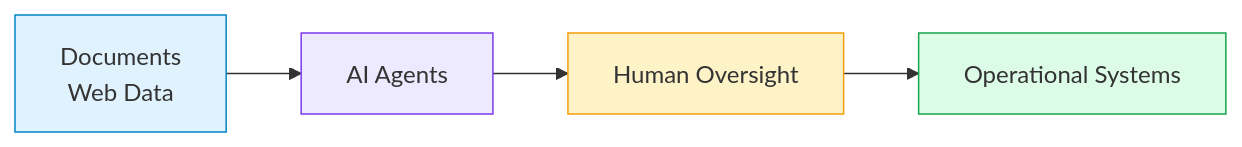
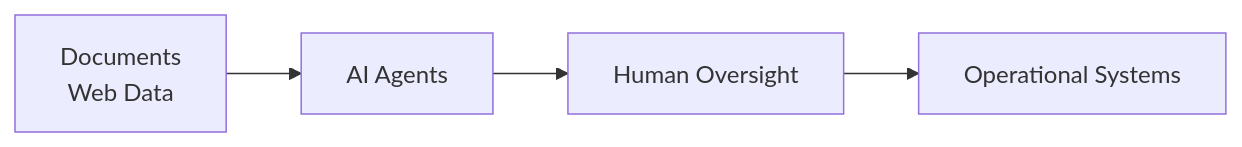
Before and after one commit to Hardonian/Hardonian: the fourth of 5 diagrams in README.md, drawn with Mermaid. The commit also changed other lines of this file, not shown here.

````diff
--- a/README.md
+++ b/README.md
@@ -204,22 +160,12 @@
 ```mermaid
 flowchart LR
-
-classDef data fill:#e0f2fe,stroke:#0284c7
-classDef ai fill:#ede9fe,stroke:#7c3aed
-classDef human fill:#fef3c7,stroke:#f59e0b
-classDef output fill:#dcfce7,stroke:#16a34a
 
 Docs["Documents\nWeb Data"]
 Agents["AI Agents"]
 Review["Human Oversight"]
 Output["Operational Systems"]
 
 Docs --> Agents
 Agents --> Review
 Review --> Output
-
-class Docs data
-class Agents ai
-class Review human
-class Output output
 ```
````
